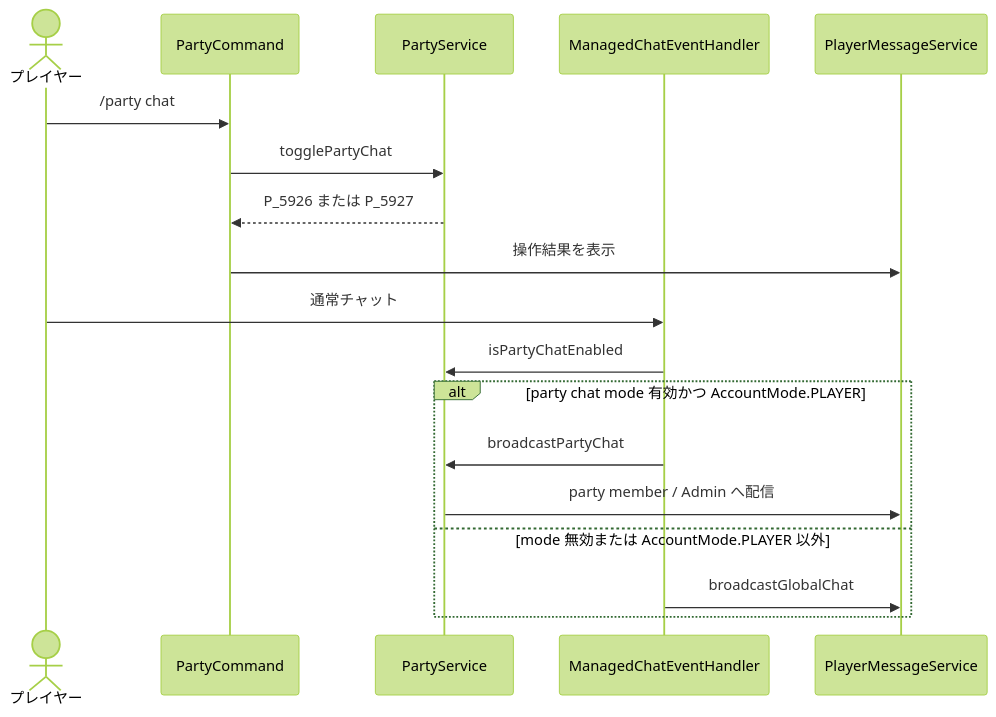
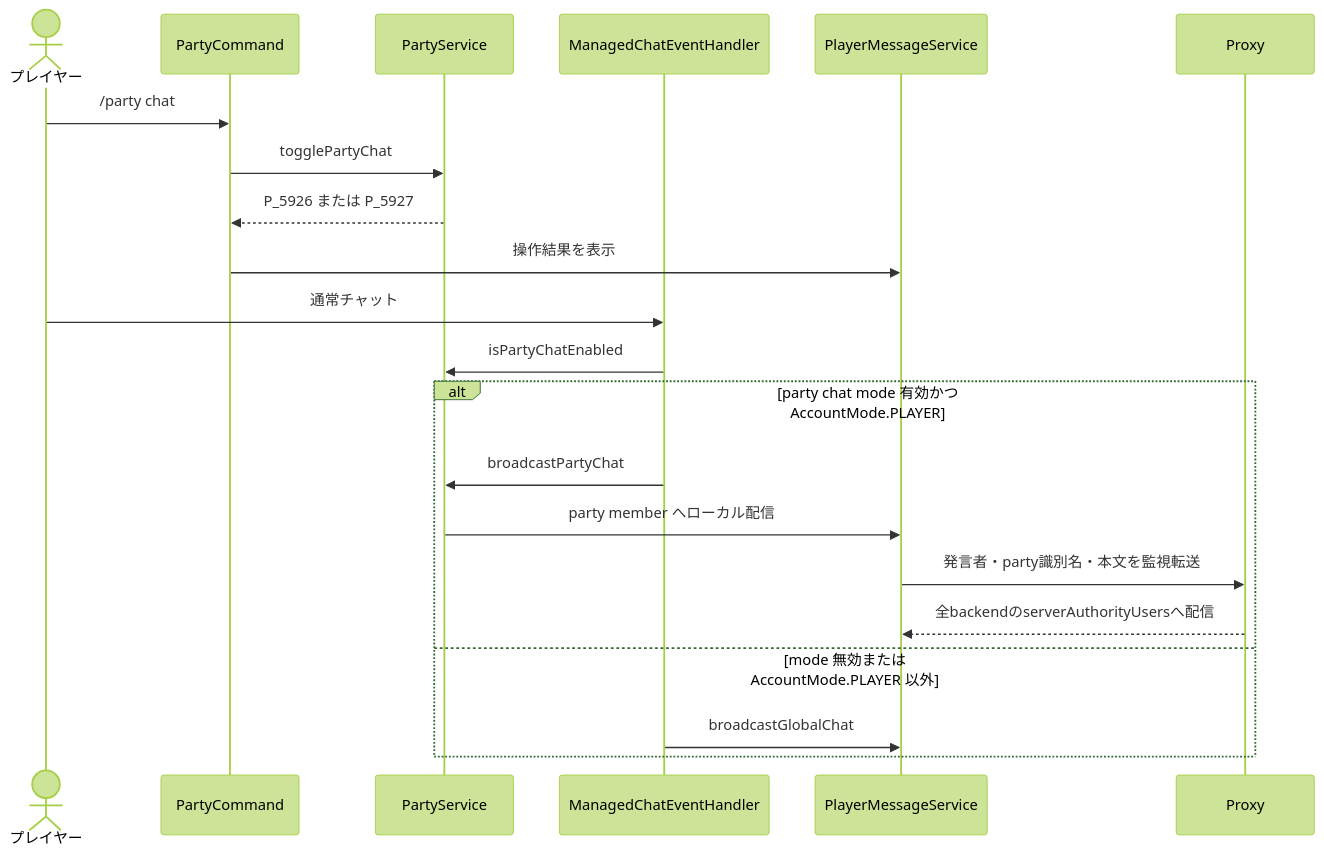
One commit to maaasu/AstralRecord-Workspace changed the fifth of 5 diagrams in 00_docs/10_Plugin設計書/feature/19-party/19_4-統合フロー.md. Above: the diagram before and after it, drawn with Mermaid (forest theme). The commit also changed 59 other files, not shown here.

````diff
--- a/00_docs/10_Plugin設計書/feature/19-party/19_4-統合フロー.md
+++ b/00_docs/10_Plugin設計書/feature/19-party/19_4-統合フロー.md
@@ -136,20 +136,22 @@
 ```mermaid
 sequenceDiagram
     actor Player as プレイヤー
     participant Command as PartyCommand
     participant Party as PartyService
     participant Chat as ManagedChatEventHandler
     participant Message as PlayerMessageService
     Player->>Command: /party chat
     Command->>Party: togglePartyChat
     Party-->>Command: P_5926 または P_5927
     Command->>Message: 操作結果を表示
     Player->>Chat: 通常チャット
     Chat->>Party: isPartyChatEnabled
     alt party chat mode 有効かつ AccountMode.PLAYER
         Chat->>Party: broadcastPartyChat
-        Party->>Message: party member / Admin へ配信
+        Party->>Message: party member へローカル配信
+        Message->>Proxy: 発言者・party識別名・本文を監視転送
+        Proxy-->>Message: 全backendのserverAuthorityUsersへ配信
     else mode 無効または AccountMode.PLAYER 以外
         Chat->>Message: broadcastGlobalChat
     end
 ```
````
